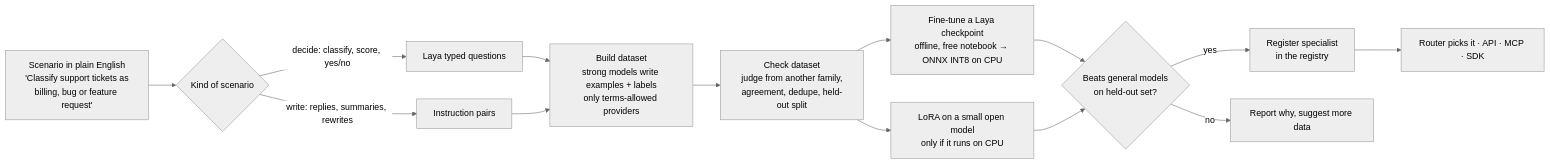
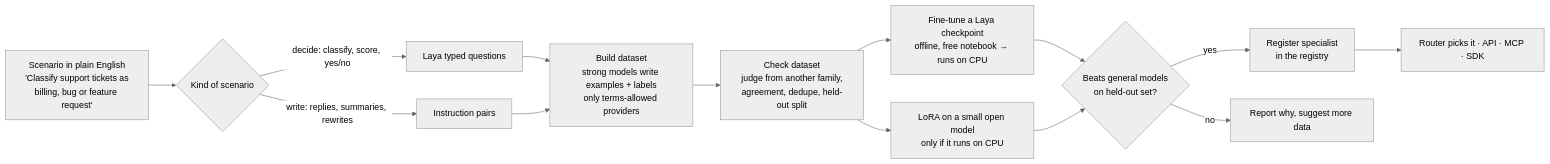
One commit to narendrachampaneri/Tempo-server changed the fifth of 5 diagrams in docs/ARCHITECTURE.md. Above: the diagram before and after it, drawn with Mermaid (neutral theme). The commit also changed other lines of this file and 2 other files, not shown here.

First line of the commit message:
Docs: Laya on CPU, collecting data, and the providers as they are now

````diff
--- a/docs/ARCHITECTURE.md
+++ b/docs/ARCHITECTURE.md
@@ -661,16 +661,16 @@
 ```mermaid
 flowchart LR
     S["Scenario in plain English<br/>'Classify support tickets as<br/>billing, bug or feature request'"] --> K{Kind of scenario}
     K -- "decide: classify, score, yes/no" --> DL[Laya typed questions]
     K -- "write: replies, summaries, rewrites" --> WL[Instruction pairs]
     DL --> G["Build dataset<br/>strong models write examples + labels<br/>only terms-allowed providers"]
     WL --> G
     G --> V["Check dataset<br/>judge from another family,<br/>agreement, dedupe, held-out split"]
-    V --> T1["Fine-tune a Laya checkpoint<br/>offline, free notebook → ONNX INT8 on CPU"]
+    V --> T1["Fine-tune a Laya checkpoint<br/>offline, free notebook → runs on CPU"]
     V --> T2["LoRA on a small open model<br/>only if it runs on CPU"]
     T1 --> E{"Beats general models<br/>on held-out set?"}
     T2 --> E
     E -- yes --> R["Register specialist<br/>in the registry"]
     E -- no --> B[Report why, suggest more data]
     R --> U["Router picks it · API · MCP · SDK"]
 ```
````
